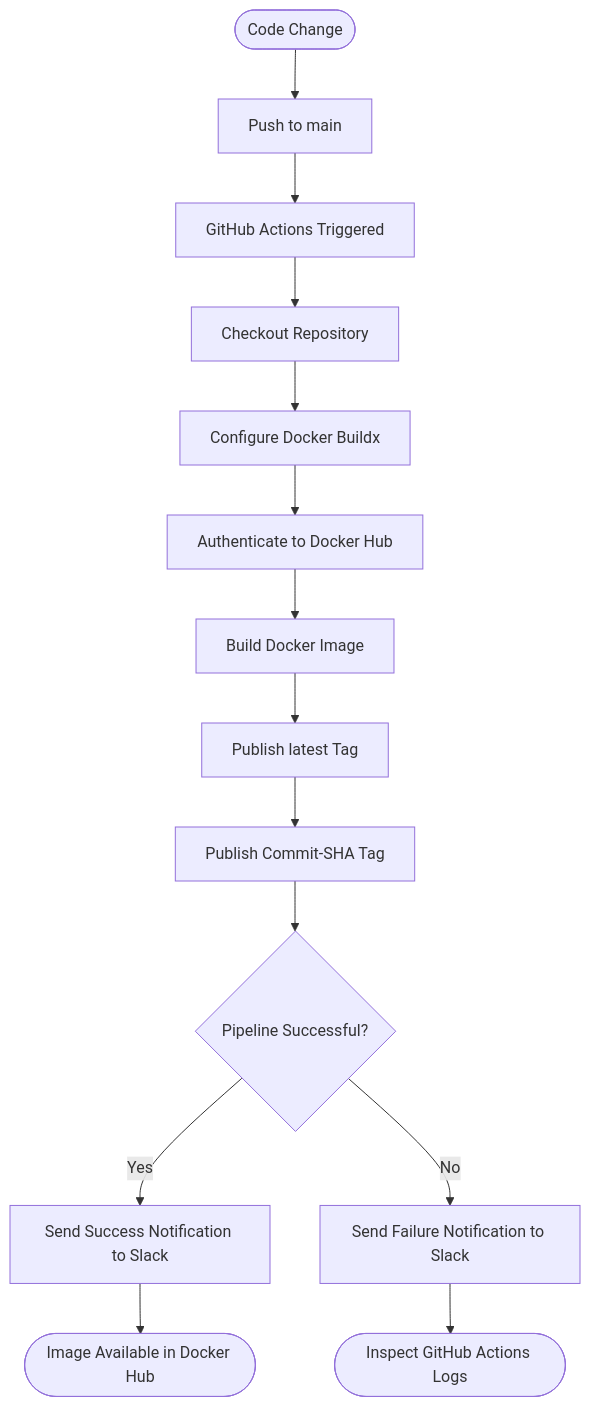
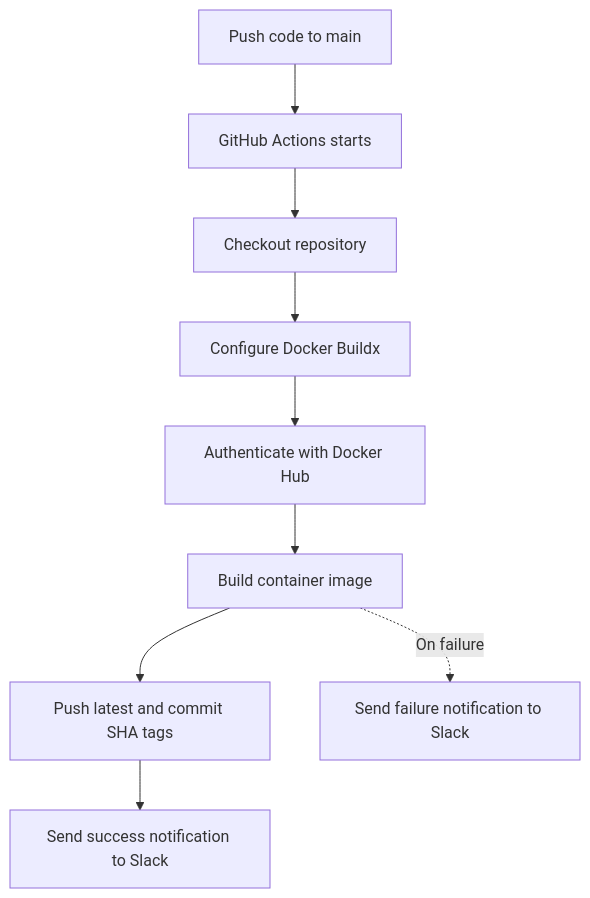
One commit to amn-khn/CloudCart changed the second of 3 diagrams in README.md. Above: the diagram before and after it, drawn with Mermaid. The commit also changed other lines of this file, not shown here.

````diff
--- a/README.md
+++ b/README.md
@@ -84,16 +55,11 @@
 ```mermaid
 flowchart TD
-    A(["Code Change"]) --> B["Push to main"]
-    B --> C["GitHub Actions Triggered"]
-    C --> D["Checkout Repository"]
-    D --> E["Configure Docker Buildx"]
-    E --> F["Authenticate to Docker Hub"]
-    F --> G["Build Docker Image"]
-    G --> H["Publish latest Tag"]
-    H --> I["Publish Commit-SHA Tag"]
-    I --> J{"Pipeline Successful?"}
-    J -->|Yes| K["Send Success Notification to Slack"]
-    J -->|No| L["Send Failure Notification to Slack"]
-    K --> M(["Image Available in Docker Hub"])
-    L --> N(["Inspect GitHub Actions Logs"])
+    A["Push code to main"] --> B["GitHub Actions starts"]
+    B --> C["Checkout repository"]
+    C --> D["Configure Docker Buildx"]
+    D --> E["Authenticate with Docker Hub"]
+    E --> F["Build container image"]
+    F --> G["Push latest and commit SHA tags"]
+    G --> H["Send success notification to Slack"]
+    F -. "On failure" .-> I["Send failure notification to Slack"]
 ```
````
